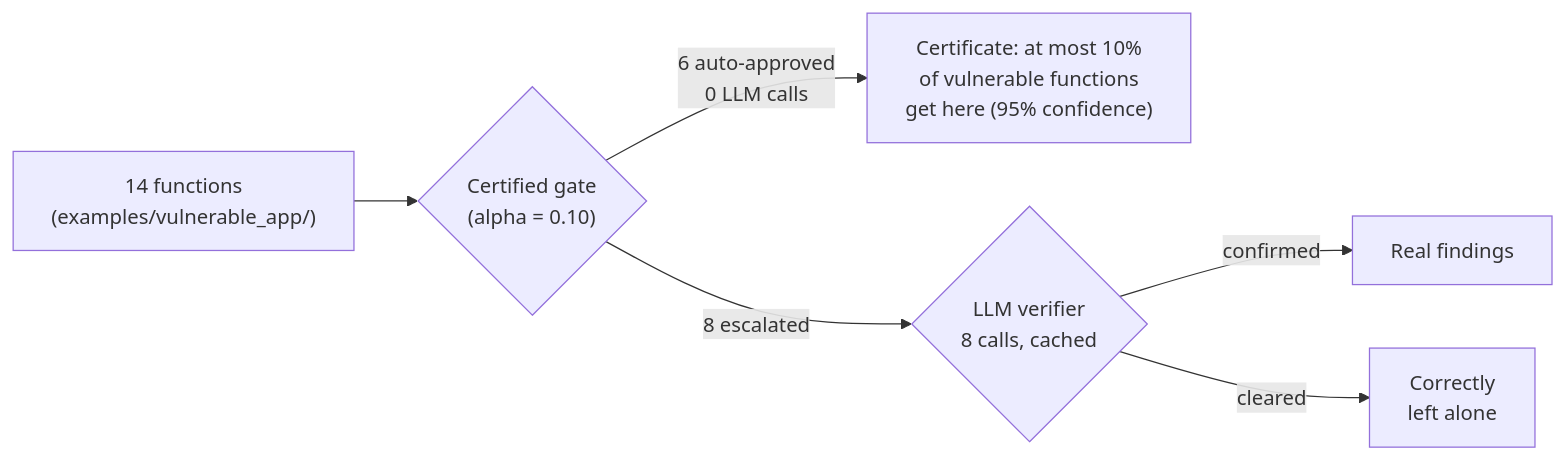
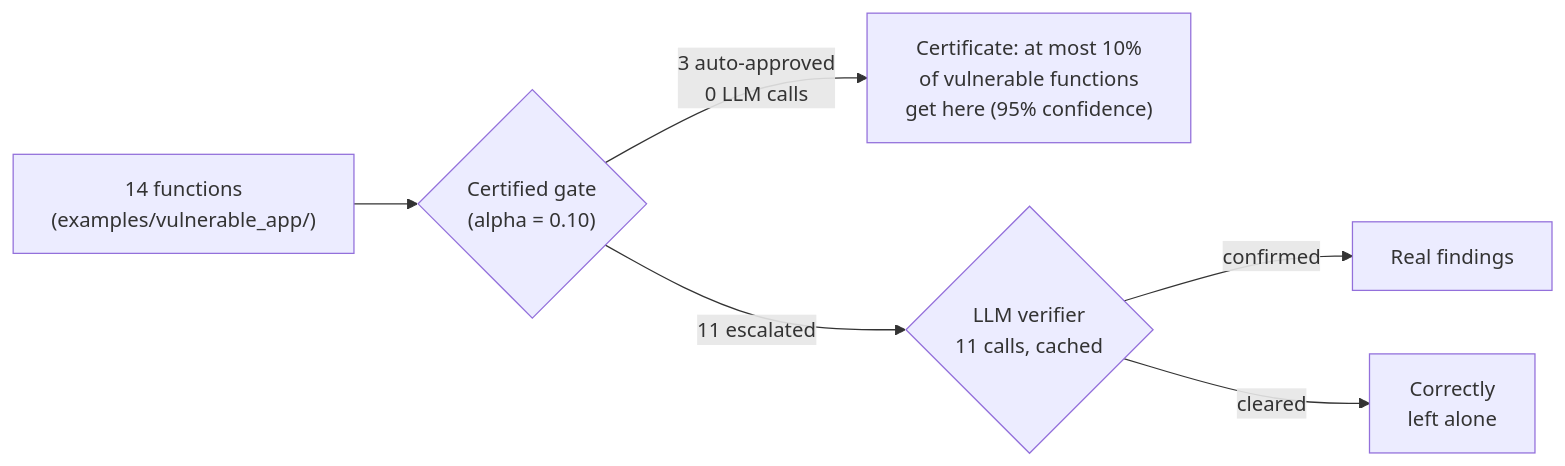
The diagram in docs/DESIGN_RATIONALE.md (ad1tya-wq/codegate-scanner), drawn with Mermaid before and after one commit. The commit also changed other lines of this file and 12 other files, not shown here.

````diff
--- a/docs/DESIGN_RATIONALE.md
+++ b/docs/DESIGN_RATIONALE.md
@@ -354,8 +351,8 @@
 ```mermaid
 flowchart LR
     A["14 functions\n(examples/vulnerable_app/)"] --> B{"Certified gate\n(alpha = 0.10)"}
-    B -->|"6 auto-approved\n0 LLM calls"| C["Certificate: at most 10%\nof vulnerable functions\nget here (95% confidence)"]
-    B -->|"8 escalated"| D{"LLM verifier\n8 calls, cached"}
+    B -->|"3 auto-approved\n0 LLM calls"| C["Certificate: at most 10%\nof vulnerable functions\nget here (95% confidence)"]
+    B -->|"11 escalated"| D{"LLM verifier\n11 calls, cached"}
     D -->|"confirmed"| E["Real findings"]
     D -->|"cleared"| F["Correctly\nleft alone"]
 ```
````
